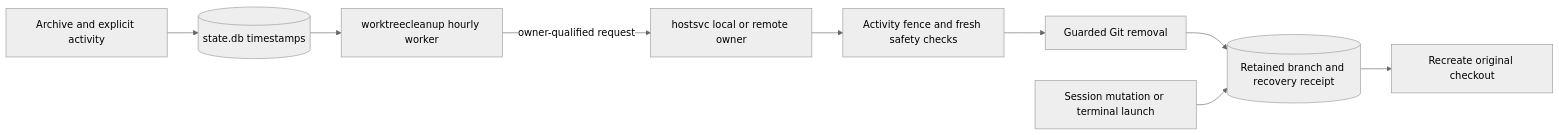
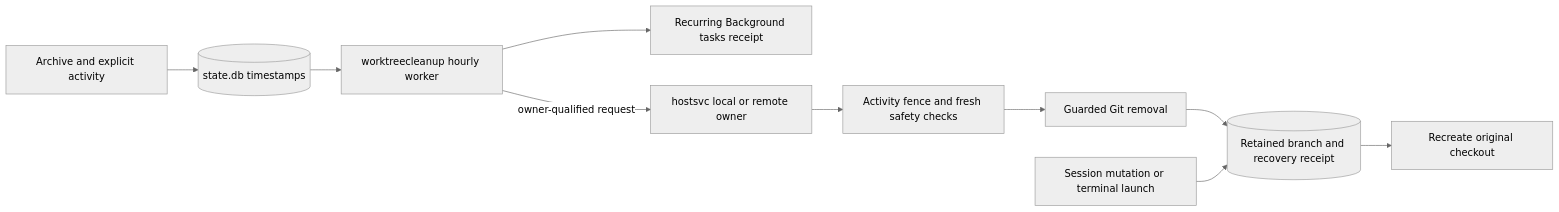
One commit to ocman/ocman changed the diagram in docs/features/worktree-cleanup.md. Above: the diagram before and after it, drawn with Mermaid (neutral theme). The commit also changed other lines of this file and 55 other files, not shown here.

Commit message:
feat(tasks): expose scheduled maintenance in background tasks

````diff
--- a/docs/features/worktree-cleanup.md
+++ b/docs/features/worktree-cleanup.md
@@ -68,11 +76,12 @@
 ```mermaid
 flowchart LR
     Archive[Archive and explicit activity] --> State[(state.db timestamps)]
     State --> Worker[worktreecleanup hourly worker]
+    Worker --> Tasks[Recurring Background tasks receipt]
     Worker -->|owner-qualified request| Host[hostsvc local or remote owner]
     Host --> Fence[Activity fence and fresh safety checks]
     Fence --> Git[Guarded Git removal]
     Git --> Receipt[(Retained branch and recovery receipt)]
     Resume[Session mutation or terminal launch] --> Receipt
     Receipt --> Restore[Recreate original checkout]
 ```
````
